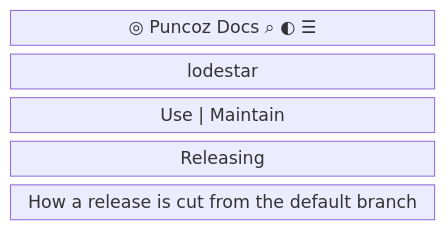
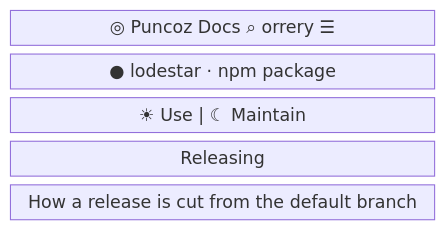
One commit to nepal-dev-com/docs.nepal-dev.com changed the seventh of 8 diagrams in content/docs/maintain/app-flow/site-pages.mdx. Above: the diagram before and after it, drawn with Mermaid. The commit also changed other lines of this file and 63 other files, not shown here.

````diff
--- a/content/docs/maintain/app-flow/site-pages.mdx
+++ b/content/docs/maintain/app-flow/site-pages.mdx
@@ -208,9 +216,9 @@
 ```mermaid
 block-beta
   columns 4
-  hdr["◎ Puncoz Docs   ⌕ ◐ ☰"]:4
-  name["lodestar"]:4
-  track["Use | Maintain"]:4
+  hdr["◎ Puncoz Docs   ⌕ orrery ☰"]:4
+  chip["● lodestar · npm package"]:4
+  track["☀ Use | ☾ Maintain"]:4
   h1["Releasing"]:4
   body["How a release is cut from the default branch"]:4
 ```
````
